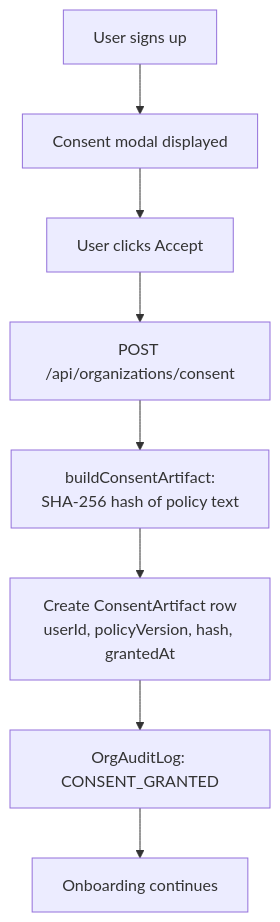
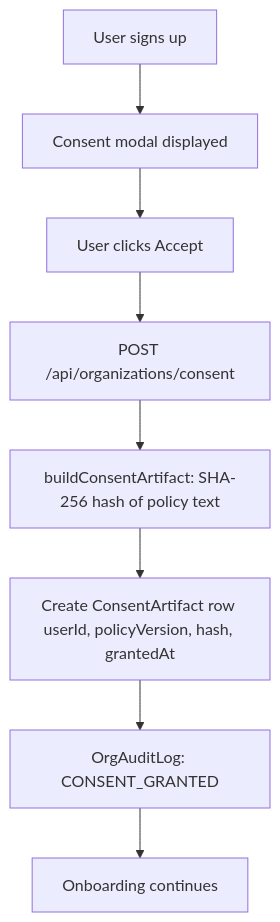
Diagram 21 of 24 in docs/enterprise/enterprise-complete-guide.md (Practitionist/familiarise_web), drawn with Mermaid before and after one commit. The commit also changed other lines of this file, not shown here.

First line of the commit message:
fix(enterprise): remove br/ from flowchart node labels

````diff
--- a/docs/enterprise/enterprise-complete-guide.md
+++ b/docs/enterprise/enterprise-complete-guide.md
@@ -1390,10 +1390,10 @@
 ```mermaid
 flowchart TD
     U[User signs up] --> Modal[Consent modal displayed]
     Modal --> Accept[User clicks Accept]
     Accept --> API[POST /api/organizations/consent]
-    API --> Hash[buildConsentArtifact:<br/>SHA-256 hash of policy text]
-    Hash --> DB[Create ConsentArtifact row<br/>userId, policyVersion, hash, grantedAt]
+    API --> Hash[buildConsentArtifact: SHA-256 hash of policy text]
+    Hash --> DB[Create ConsentArtifact row userId, policyVersion, hash, grantedAt]
     DB --> Audit[OrgAuditLog: CONSENT_GRANTED]
     Audit --> Continue[Onboarding continues]
 ```
````
